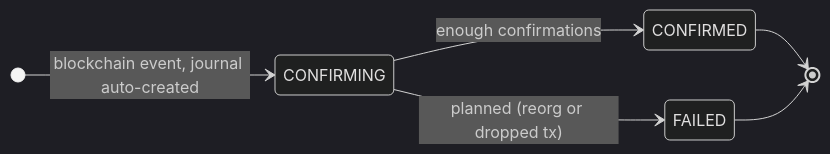
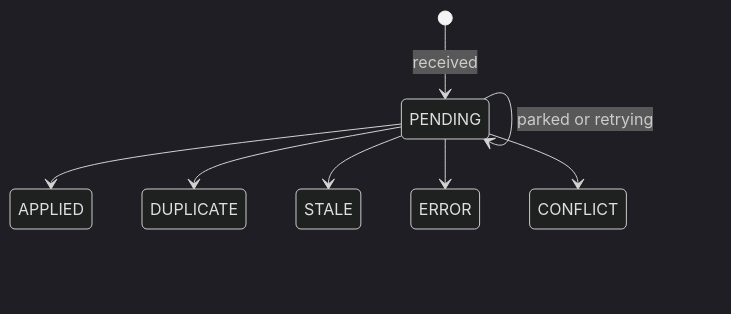
One commit to taiio/book-keeping changed diagram 12 of 20 in README.md. Above: the diagram before and after it, drawn with Mermaid (dark theme). The commit also changed other lines of this file, not shown here.

````diff
--- a/README.md
+++ b/README.md
@@ -314,9 +324,10 @@
 ```mermaid
 stateDiagram-v2
-    direction LR
-    [*] --> CONFIRMING: blockchain event, journal auto-created
-    CONFIRMING --> CONFIRMED: enough confirmations
-    CONFIRMED --> [*]
-    CONFIRMING --> FAILED: planned (reorg or dropped tx)
-    FAILED --> [*]
+  [*] --> PENDING: received
+  PENDING --> APPLIED
+  PENDING --> DUPLICATE
+  PENDING --> STALE
+  PENDING --> PENDING: parked or retrying
+  PENDING --> ERROR
+  PENDING --> CONFLICT
 ```
````
